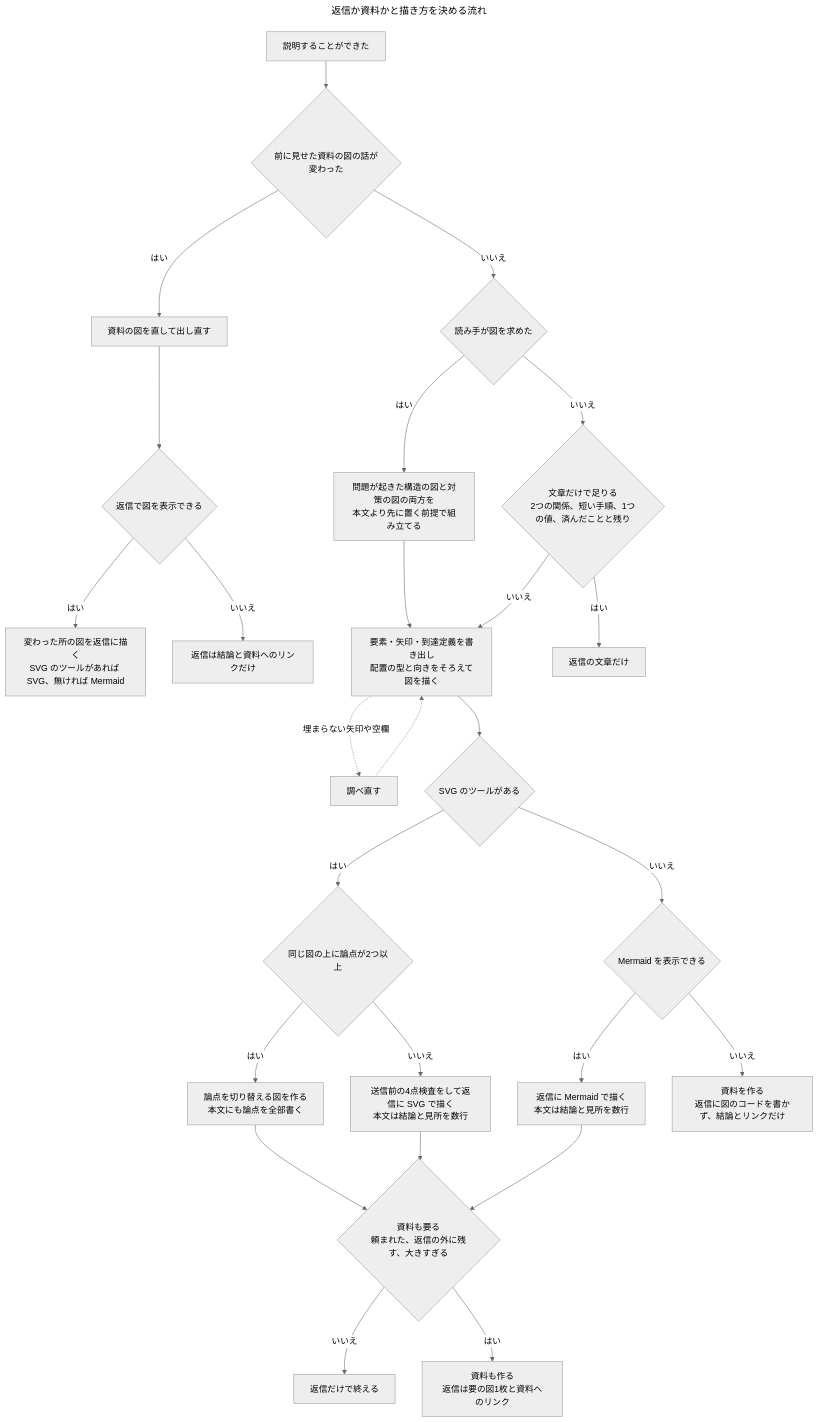
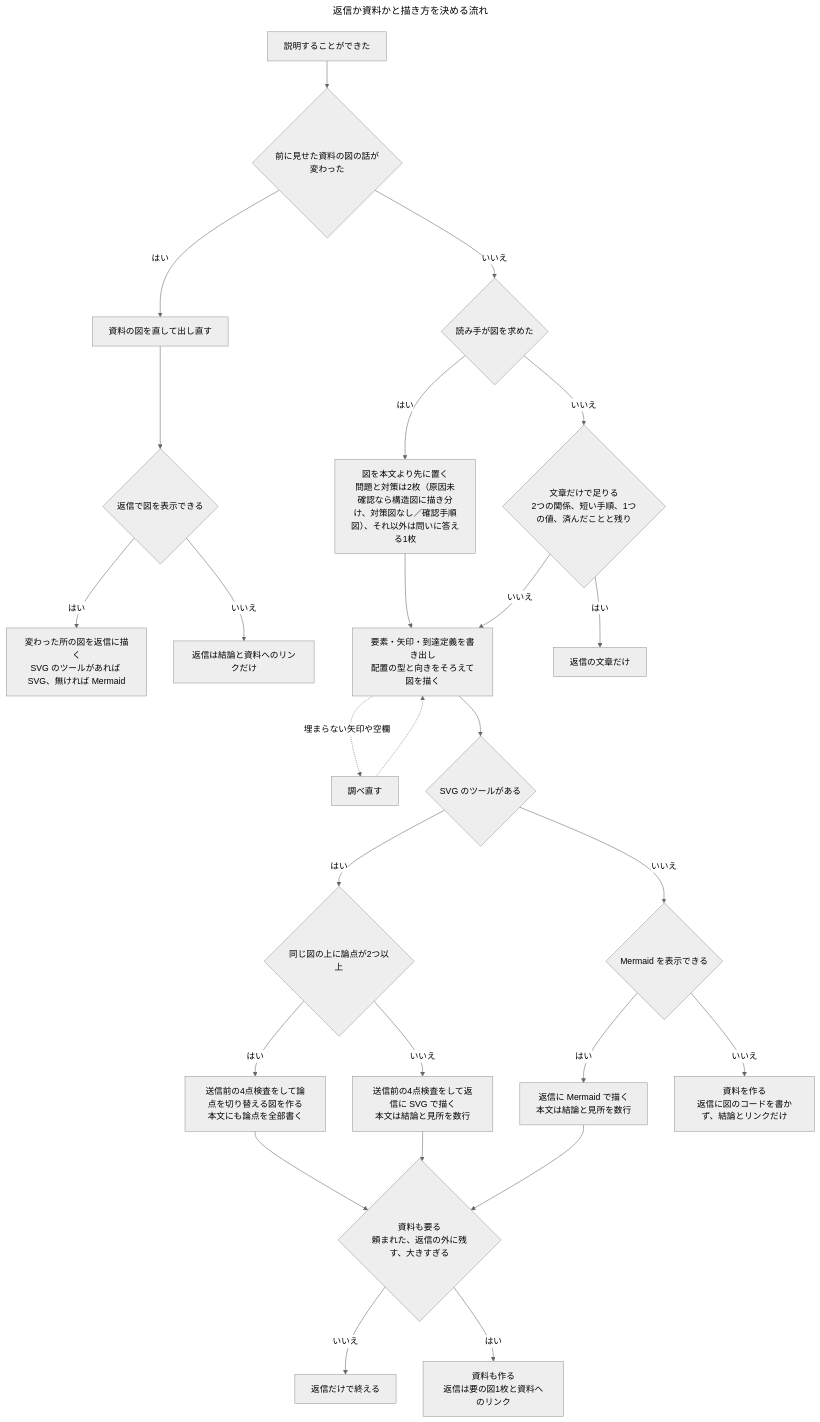
Before and after one commit to u-ichi/agent-plugins: the diagram in plugins/figure-docs/skills/figure-docs/SKILL.md, drawn with Mermaid (neutral theme). The commit also changed other lines of this file and 1 other file, not shown here.

Commit message:
figure-docs の2枚図条件と stepper 4点検査、referent-first 手順3の下書き反映確認を組み込む

````diff
--- a/plugins/figure-docs/skills/figure-docs/SKILL.md
+++ b/plugins/figure-docs/skills/figure-docs/SKILL.md
@@ -62,29 +62,29 @@
 ```mermaid
 ---
 title: 返信か資料かと描き方を決める流れ
 ---
 flowchart TB
   A[説明することができた] --> H{前に見せた資料の図の話が変わった}
   H -- はい --> I[資料の図を直して出し直す]
   I --> J{返信で図を表示できる}
   J -- はい --> K["変わった所の図を返信に描く<br>SVG のツールがあれば SVG、無ければ Mermaid"]
   J -- いいえ --> L[返信は結論と資料へのリンクだけ]
   H -- いいえ --> Q{読み手が図を求めた}
-  Q -- はい --> C1["問題が起きた構造の図と対策の図の両方を<br>本文より先に置く前提で組み立てる"] --> C
+  Q -- はい --> C1["図を本文より先に置く<br>問題と対策は2枚（原因未確認なら構造図に描き分け、対策図なし／確認手順図）、それ以外は問いに答える1枚"] --> C
   Q -- いいえ --> B{"文章だけで足りる<br>2つの関係、短い手順、1つの値、済んだことと残り"}
   B -- はい --> T[返信の文章だけ]
   B -- いいえ --> C["要素・矢印・到達定義を書き出し<br>配置の型と向きをそろえて図を描く"]
   C -. 埋まらない矢印や空欄 .-> R[調べ直す] -.-> C
   C --> D1{SVG のツールがある}
   D1 -- はい --> P{同じ図の上に論点が2つ以上}
-  P -- はい --> P2["論点を切り替える図を作る<br>本文にも論点を全部書く"]
+  P -- はい --> P2["送信前の4点検査をして論点を切り替える図を作る<br>本文にも論点を全部書く"]
   P -- いいえ --> D2["送信前の4点検査をして返信に SVG で描く<br>本文は結論と見所を数行"]
   D1 -- いいえ --> D3{Mermaid を表示できる}
   D3 -- はい --> D4["返信に Mermaid で描く<br>本文は結論と見所を数行"]
   D3 -- いいえ --> G2["資料を作る<br>返信に図のコードを書かず、結論とリンクだけ"]
   P2 --> E
   D2 --> E{"資料も要る<br>頼まれた、返信の外に残す、大きすぎる"}
   D4 --> E
   E -- いいえ --> F[返信だけで終える]
   E -- はい --> G1["資料も作る<br>返信は要の図1枚と資料へのリンク"]
 ```
````
